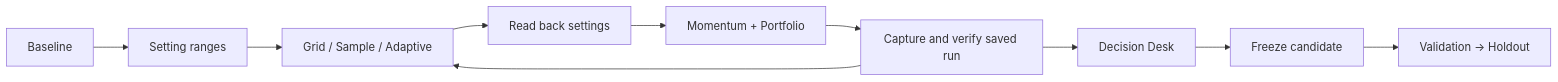
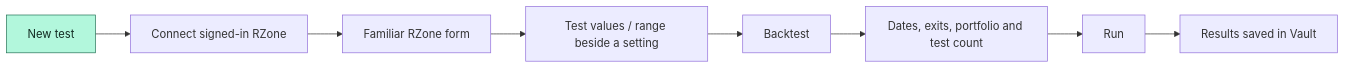
The first of 12 diagrams in README.md (mamamiya7/backtest-vault), drawn with Mermaid before and after one commit. The commit also changed other lines of this file and 27 other files, not shown here.

Commit message:
Add source-style Vault setup with inline experiment ranges

````diff
--- a/README.md
+++ b/README.md
@@ -20,12 +22,11 @@
 ```mermaid
 flowchart LR
-    A[Baseline] --> B[Setting ranges]
-    B --> C[Grid / Sample / Adaptive]
-    C --> D[Read back settings]
-    D --> E[Momentum + Portfolio]
-    E --> F[Capture and verify saved run]
-    F --> G[Decision Desk]
-    F --> C
-    G --> H[Freeze candidate]
-    H --> I[Validation → Holdout]
+    A["New test"] --> B["Connect signed-in RZone"]
+    B --> C["Familiar RZone form"]
+    C --> D["Test values / range beside a setting"]
+    D --> E["Backtest"]
+    E --> F["Dates, exits, portfolio and test count"]
+    F --> G["Run"]
+    G --> H["Results saved in Vault"]
+    style A fill:#b2f7dc,stroke:#247456,color:#122b22
 ```
````
